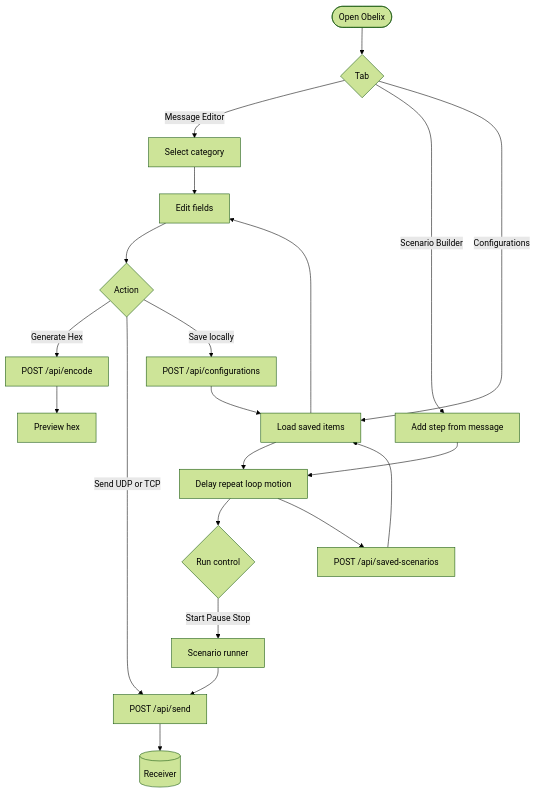
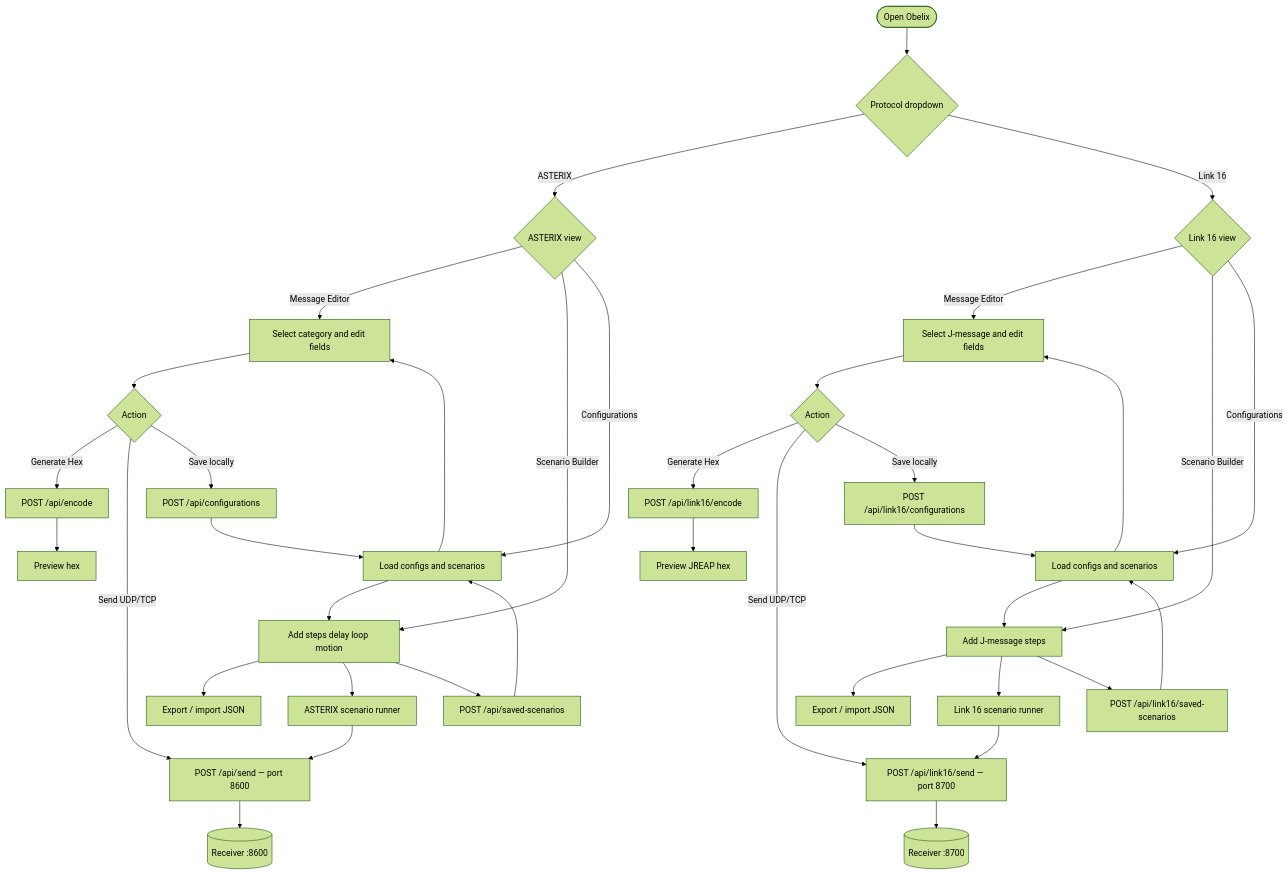
The first of 3 diagrams in docs/usage.md (perneh/obelix), drawn with Mermaid (forest theme) before and after one commit. The commit also changed other lines of this file and 42 other files, not shown here.

First line of the commit message:
Add Link 16 scenarios, help text, export UI, and Playwright frontend tests.

````diff
--- a/docs/usage.md
+++ b/docs/usage.md
@@ -5,32 +5,49 @@
 ```mermaid
 flowchart TD
-    start([Open Obelix]) --> tab{Tab}
+    start([Open Obelix]) --> proto{Protocol dropdown}
 
-    tab -->|Message Editor| cat[Select category]
-    cat --> form[Edit fields]
-    form --> act{Action}
+    proto -->|ASTERIX| axView{ASTERIX view}
+    proto -->|Link 16| l16View{Link 16 view}
 
-    act -->|Generate Hex| enc["POST /api/encode"]
-    enc --> hex[Preview hex]
+    axView -->|Message Editor| axForm[Select category and edit fields]
+    axView -->|Scenario Builder| axScn[Add steps delay loop motion]
+    axView -->|Configurations| axLib[Load configs and scenarios]
 
-    act -->|Send UDP or TCP| snd["POST /api/send"]
-    snd --> rx[(Receiver)]
+    l16View -->|Message Editor| l16Form[Select J-message and edit fields]
+    l16View -->|Scenario Builder| l16Scn[Add J-message steps]
+    l16View -->|Configurations| l16Lib[Load configs and scenarios]
 
-    act -->|Save locally| savcfg["POST /api/configurations"]
+    axForm --> axAct{Action}
+    axAct -->|Generate Hex| axEnc["POST /api/encode"]
+    axAct -->|Send UDP/TCP| axSnd["POST /api/send — port 8600"]
+    axAct -->|Save locally| axCfg["POST /api/configurations"]
+    axEnc --> axHex[Preview hex]
 
-    tab -->|Scenario Builder| add[Add step from message]
-    add --> tune[Delay repeat loop motion]
-    tune --> ctl{Run control}
+    l16Form --> l16Act{Action}
+    l16Act -->|Generate Hex| l16Enc["POST /api/link16/encode"]
+    l16Act -->|Send UDP/TCP| l16Snd["POST /api/link16/send — port 8700"]
+    l16Act -->|Save locally| l16Cfg["POST /api/link16/configurations"]
+    l16Enc --> l16Hex[Preview JREAP hex]
 
-    ctl -->|Start Pause Stop| run[Scenario runner]
-    run --> snd
+    axScn --> axJson[Export / import JSON]
+    axScn --> axRun[ASTERIX scenario runner]
+    axRun --> axSnd
+    axScn --> axSav["POST /api/saved-scenarios"]
 
-    tune --> savscn["POST /api/saved-scenarios"]
+    l16Scn --> l16Json[Export / import JSON]
+    l16Scn --> l16Run[Link 16 scenario runner]
+    l16Run --> l16Snd
+    l16Scn --> l16Sav["POST /api/link16/saved-scenarios"]
 
-    tab -->|Configurations| lib[Load saved items]
-    lib --> form
-    lib --> tune
+    axLib --> axForm
+    axLib --> axScn
+    l16Lib --> l16Form
+    l16Lib --> l16Scn
+    axCfg --> axLib
+    axSav --> axLib
+    l16Cfg --> l16Lib
+    l16Sav --> l16Lib
 
-    savcfg --> lib
-    savscn --> lib
+    axSnd --> rx8600[(Receiver :8600)]
+    l16Snd --> rx8700[(Receiver :8700)]
 ```
````
